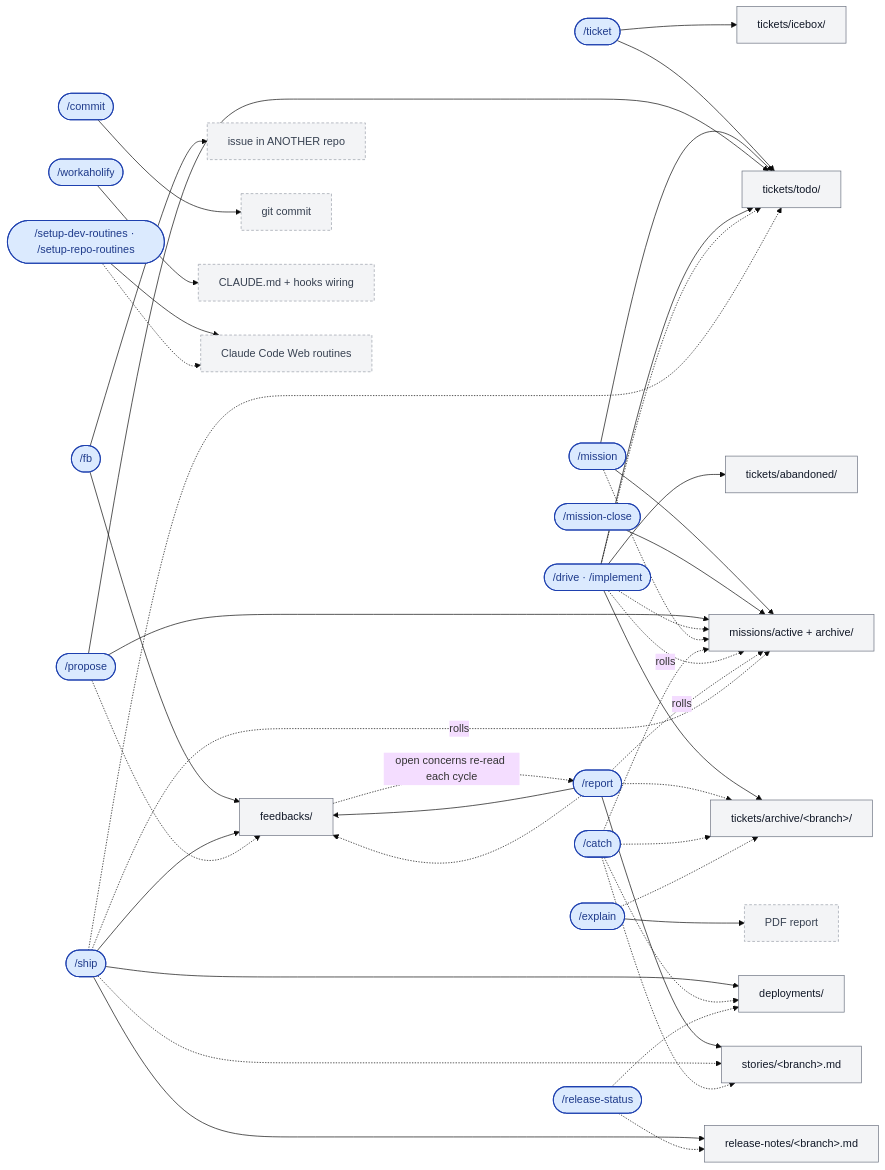
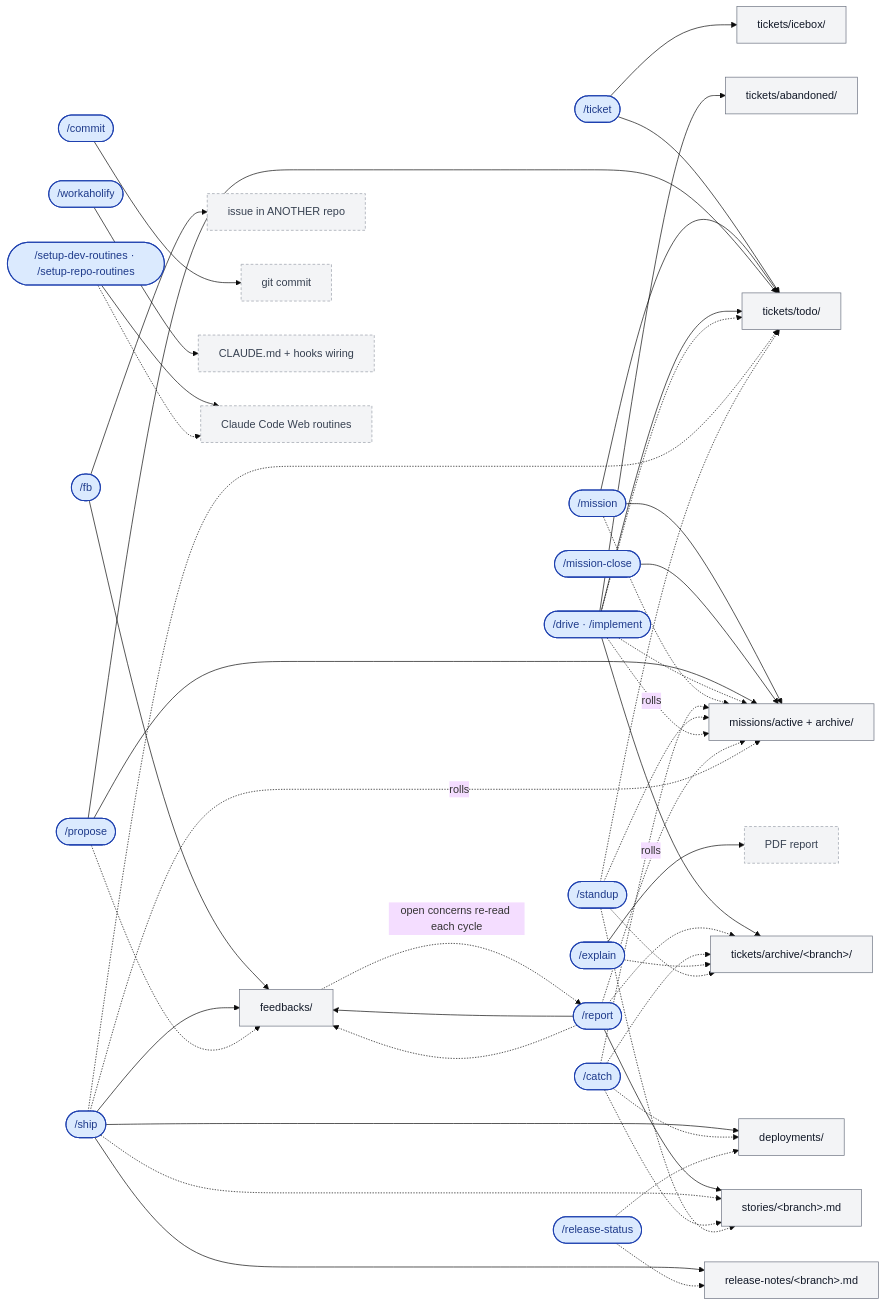
One commit to qmu/workaholic changed the fourth of 5 diagrams in README.md. Above: the diagram before and after it, drawn with Mermaid (base theme). The commit also changed other lines of this file and 21 other files, not shown here.

````diff
--- a/README.md
+++ b/README.md
@@ -313,6 +314,7 @@
   workaholify(["/workaholify"])
   setuproutines(["/setup-dev-routines · /setup-repo-routines"])
   releasestatus(["/release-status"])
+  standup(["/standup"])
 
   %% ---------- artifacts under .workaholic/ (grey) ----------
   TODO["tickets/todo/"]
@@ -372,6 +374,10 @@
   setuproutines -.-> ROUT
   releasestatus -.-> DEP
   releasestatus -.-> REL
+  standup -.-> TODO
+  standup -.-> ARCH
+  standup -.-> MIS
+  standup -.-> STORY
 
   %% ========== mission rolls: dashed, labelled ==========
   drive -. rolls .-> MIS
@@ -385,7 +391,7 @@
   classDef cmd fill:#dbeafe,stroke:#1e40af,stroke-width:1.5px,color:#1e3a8a;
   classDef art fill:#f3f4f6,stroke:#6b7280,color:#111827;
   classDef ext fill:#f3f4f6,stroke:#9aa0aa,stroke-dasharray:4 3,color:#374151;
-  class ticket,mission,missionclose,propose,feedback,drive,report,ship,releasestatus,catch,commit,explain,workaholify,setuproutines cmd;
+  class ticket,mission,missionclose,propose,feedback,drive,report,ship,releasestatus,standup,catch,commit,explain,workaholify,setuproutines cmd;
   class TODO,ICE,ARCH,ABD,MIS,STORY,FBK,REL,DEP art;
   class EXT,PDF,WT,CFG,ROUT ext;
 ```
````
